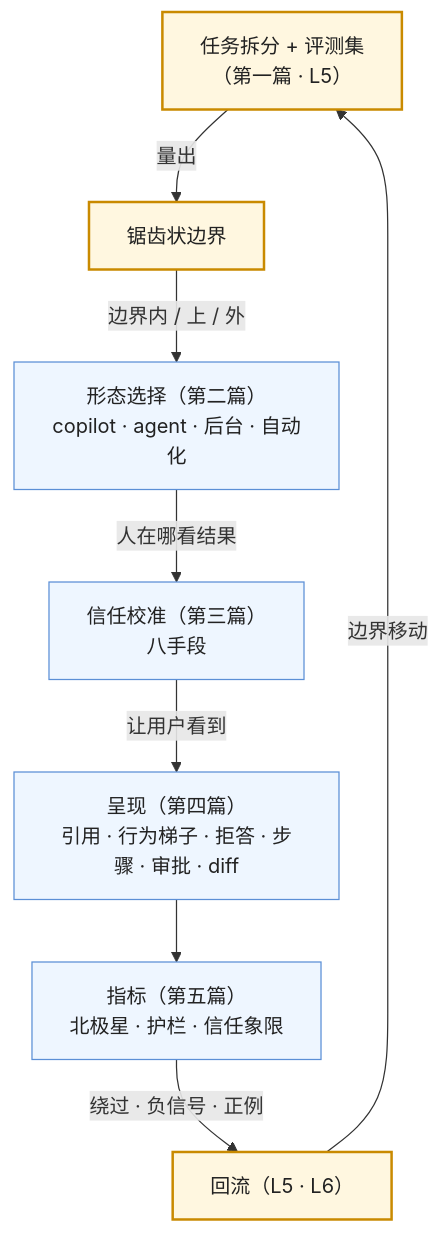
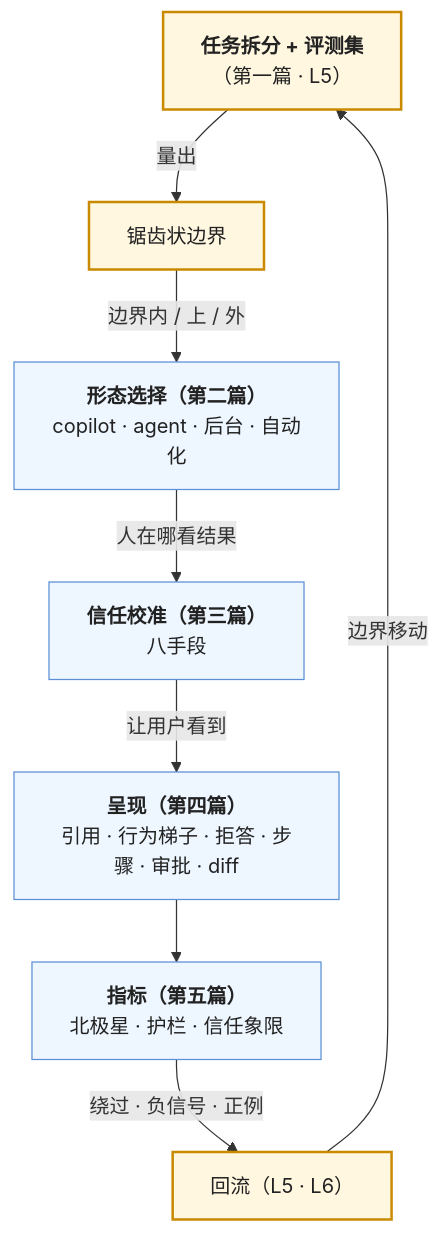
One commit to arganzheng/arganzheng.github.com changed the fourth of 4 diagrams in _posts/2026-11-20-product-and-experience-series-recap-and-self-test.md. Above: the diagram before and after it, drawn with Mermaid. The commit also changed other lines of this file and 5 other files, not shown here.

First line of the commit message:
产品与体验：把不确定的能力做成可信的产品：Mermaid 多行方框的首行标为标题（6 篇）

````diff
--- a/_posts/2026-11-20-product-and-experience-series-recap-and-self-test.md
+++ b/_posts/2026-11-20-product-and-experience-series-recap-and-self-test.md
@@ -123,16 +123,16 @@
 ```mermaid
 %% 图：产品与体验的闭环：评测量出锯齿状边界，边界决定形态，形态决定信任校准与呈现，指标回流让边界移动
 flowchart TB
-    T["任务拆分 + 评测集<br/>（第一篇 · L5）"] -->|"量出"| B["锯齿状边界"]
-    B -->|"边界内 / 上 / 外"| F["形态选择（第二篇）<br/>copilot · agent · 后台 · 自动化"]
-    F -->|"人在哪看结果"| TR["信任校准（第三篇）<br/>八手段"]
-    TR -->|"让用户看到"| P["呈现（第四篇）<br/>引用 · 行为梯子 · 拒答 · 步骤 · 审批 · diff"]
-    P --> M["指标（第五篇）<br/>北极星 · 护栏 · 信任象限"]
+    T["<b>任务拆分 + 评测集</b><br/>（第一篇 · L5）"] -->|"量出"| B["锯齿状边界"]
+    B -->|"边界内 / 上 / 外"| F["<b>形态选择（第二篇）</b><br/>copilot · agent · 后台 · 自动化"]
+    F -->|"人在哪看结果"| TR["<b>信任校准（第三篇）</b><br/>八手段"]
+    TR -->|"让用户看到"| P["<b>呈现（第四篇）</b><br/>引用 · 行为梯子 · 拒答 · 步骤 · 审批 · diff"]
+    P --> M["<b>指标（第五篇）</b><br/>北极星 · 护栏 · 信任象限"]
     M -->|"绕过 · 负信号 · 正例"| R["回流（L5 · L6）"]
     R -->|"边界移动"| T
 
     classDef q fill:#fff7e0,stroke:#c98a00,stroke-width:2px,color:#222
     classDef r fill:#eef6ff,stroke:#5b8fd6,color:#222
     class T,B,R q
     class F,TR,P,M r
 ```
````
